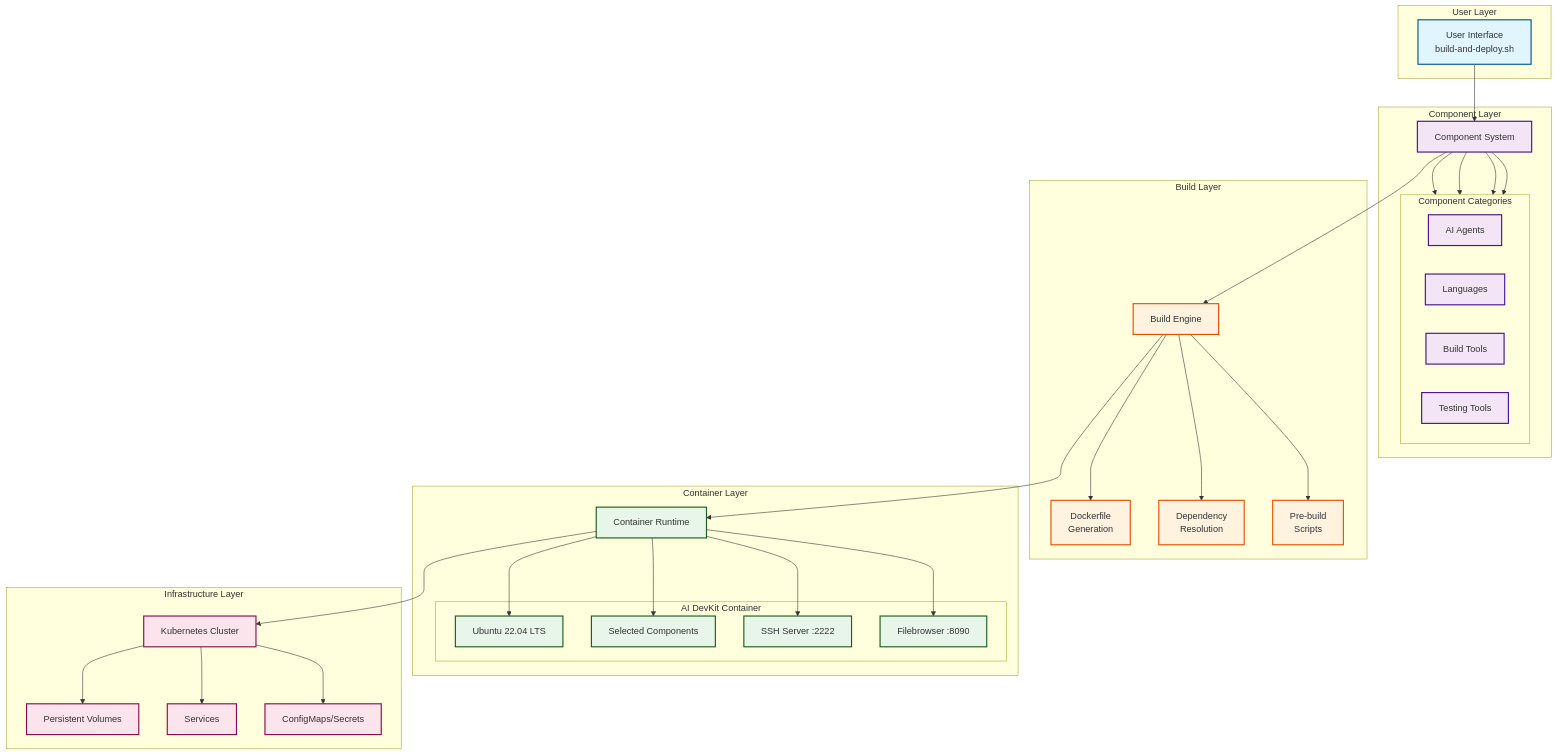
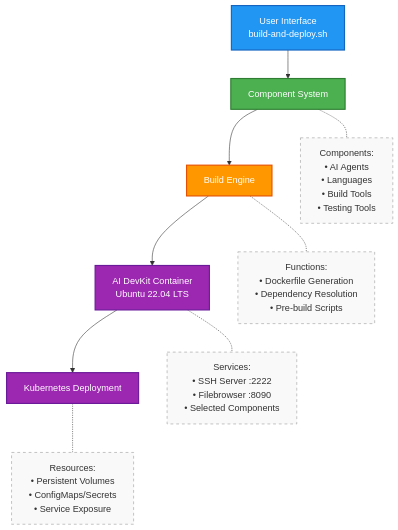
The first of 2 diagrams in docs/architecture.md (ehausig/ai-devkit-pod-configurator), drawn with Mermaid before and after one commit.

Commit message:
docs(architecture): simplify Mermaid diagram for better clarity
- Replace complex nested subgraph structure with clean vertical flow
- Move component details to separate dashed boxes to reduce clutter
- Use flowchart TD layout for better automatic positioning
- Apply cohesive color scheme with improved contrast
- Maintain all technical details while improving visual hierarchy

The previous diagram was too complex with multiple nested subgraphs
that created visual confusion. The new design presents a clear linear
flow while keeping all important information accessible.

````diff
--- a/docs/architecture.md
+++ b/docs/architecture.md
@@ -11,77 +11,47 @@
 ```mermaid
-graph TB
-    subgraph "User Layer"
-        UI[User Interface<br/>build-and-deploy.sh]
-    end
+flowchart TD
+    %% User Interface
+    UI[User Interface<br/>build-and-deploy.sh]
     
-    subgraph "Component Layer"
-        CS[Component System]
-        subgraph "Component Categories"
-            direction LR
-            Agents[AI Agents]
-            Languages[Languages]
-            BuildTools[Build Tools]
-            Testing[Testing Tools]
-        end
-    end
+    %% Component System
+    CS[Component System]
     
-    subgraph "Build Layer"
-        BE[Build Engine]
-        DF[Dockerfile<br/>Generation]
-        DR[Dependency<br/>Resolution]
-        PS[Pre-build<br/>Scripts]
-    end
+    %% Build Engine Components
+    BE[Build Engine]
     
-    subgraph "Container Layer"
-        CR[Container Runtime]
-        subgraph "AI DevKit Container"
-            Base[Ubuntu 22.04 LTS]
-            Components[Selected Components]
-            SSH[SSH Server :2222]
-            FB[Filebrowser :8090]
-        end
-    end
-    
-    subgraph "Infrastructure Layer"
-        K8S[Kubernetes Cluster]
-        PV[Persistent Volumes]
-        SVC[Services]
-        CM[ConfigMaps/Secrets]
-    end
+    %% Container & Deployment
+    Container[AI DevKit Container<br/>Ubuntu 22.04 LTS]
+    K8S[Kubernetes Deployment]
     
     %% Connections
     UI --> CS
-    CS --> Agents
-    CS --> Languages
-    CS --> BuildTools
-    CS --> Testing
+    CS --> BE
+    BE --> Container
+    Container --> K8S
     
-    CS --> BE
-    BE --> DF
-    BE --> DR
-    BE --> PS
+    %% Component Details
+    CS -.- CompDetails[Components:<br/>• AI Agents<br/>• Languages<br/>• Build Tools<br/>• Testing Tools]
     
-    BE --> CR
-    CR --> Base
-    CR --> Components
-    CR --> SSH
-    CR --> FB
+    %% Build Engine Details
+    BE -.- BuildDetails[Functions:<br/>• Dockerfile Generation<br/>• Dependency Resolution<br/>• Pre-build Scripts]
     
-    CR --> K8S
-    K8S --> PV
-    K8S --> SVC
-    K8S --> CM
+    %% Container Details
+    Container -.- ContainerDetails[Services:<br/>• SSH Server :2222<br/>• Filebrowser :8090<br/>• Selected Components]
+    
+    %% Kubernetes Details
+    K8S -.- K8SDetails[Resources:<br/>• Persistent Volumes<br/>• ConfigMaps/Secrets<br/>• Service Exposure]
     
     %% Styling
-    classDef userStyle fill:#e1f5fe,stroke:#01579b,stroke-width:2px
-    classDef componentStyle fill:#f3e5f5,stroke:#4a148c,stroke-width:2px
-    classDef buildStyle fill:#fff3e0,stroke:#e65100,stroke-width:2px
-    classDef containerStyle fill:#e8f5e9,stroke:#1b5e20,stroke-width:2px
-    classDef k8sStyle fill:#fce4ec,stroke:#880e4f,stroke-width:2px
+    classDef primary fill:#2196F3,stroke:#1565C0,stroke-width:2px,color:#fff
+    classDef secondary fill:#4CAF50,stroke:#2E7D32,stroke-width:2px,color:#fff
+    classDef tertiary fill:#FF9800,stroke:#E65100,stroke-width:2px,color:#fff
+    classDef quaternary fill:#9C27B0,stroke:#6A1B9A,stroke-width:2px,color:#fff
+    classDef details fill:#f9f9f9,stroke:#999,stroke-width:1px,stroke-dasharray: 5 5
     
-    class UI userStyle
-    class CS,Agents,Languages,BuildTools,Testing componentStyle
-    class BE,DF,DR,PS buildStyle
-    class CR,Base,Components,SSH,FB containerStyle
-    class K8S,PV,SVC,CM k8sStyle
+    class UI primary
+    class CS secondary
+    class BE tertiary
+    class Container quaternary
+    class K8S quaternary
+    class CompDetails,BuildDetails,ContainerDetails,K8SDetails details
 ```
````
